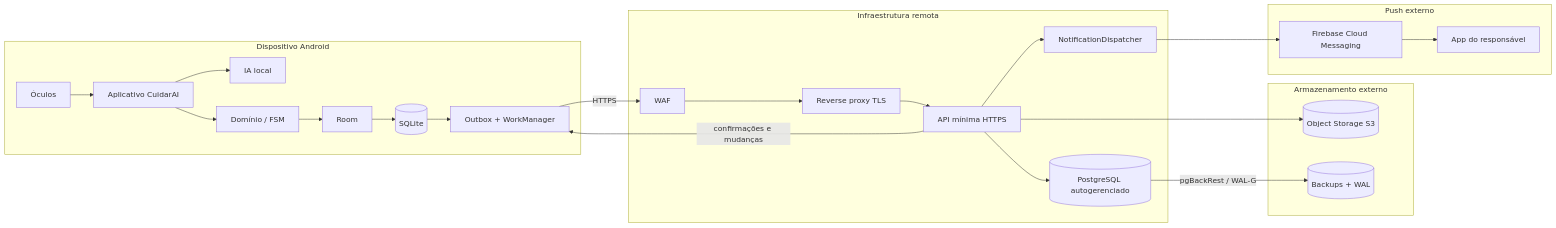
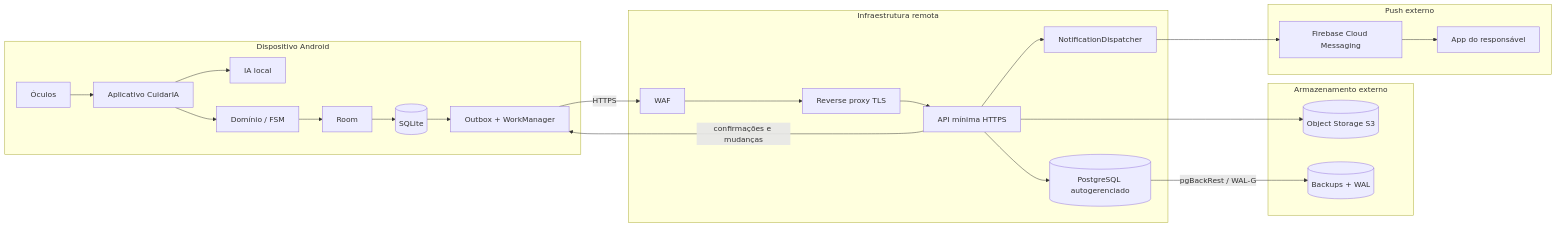
Before and after one commit to jaimejcs/CuidarAI: diagram 21 of 26 in diagramas-mermaid.md, drawn with Mermaid. The commit also changed other lines of this file and 12 other files, not shown here.

````diff
--- a/diagramas-mermaid.md
+++ b/diagramas-mermaid.md
@@ -566,40 +566,40 @@
 ```mermaid
 flowchart LR
     subgraph LOCAL["Dispositivo Android"]
-        G[Óculos] --> APP[Aplicativo CuidarAI]
+        G[Óculos] --> APP[Aplicativo CuidarIA]
         APP --> AI[IA local]
         APP --> DOM[Domínio / FSM]
         DOM --> ROOM[Room]
         ROOM --> SQLITE[(SQLite)]
         SQLITE --> SYNC[Outbox + WorkManager]
     end
 
     subgraph SERVER["Infraestrutura remota"]
         WAF[WAF]
         RP[Reverse proxy TLS]
         API[API mínima HTTPS]
         ND[NotificationDispatcher]
         PG[(PostgreSQL autogerenciado)]
         WAF --> RP --> API
         API --> PG
         API --> ND
     end
 
     subgraph OFFSITE["Armazenamento externo"]
         OBJ[(Object Storage S3)]
         BKP[(Backups + WAL)]
     end
 
     subgraph PUSH["Push externo"]
         FCM[Firebase Cloud Messaging]
         RESP[App do responsável]
         FCM --> RESP
     end
 
     API --> OBJ
     PG -->|pgBackRest / WAL-G| BKP
     ND --> FCM
 
     SYNC -->|HTTPS| WAF
     API -->|confirmações e mudanças| SYNC
 ```
````
